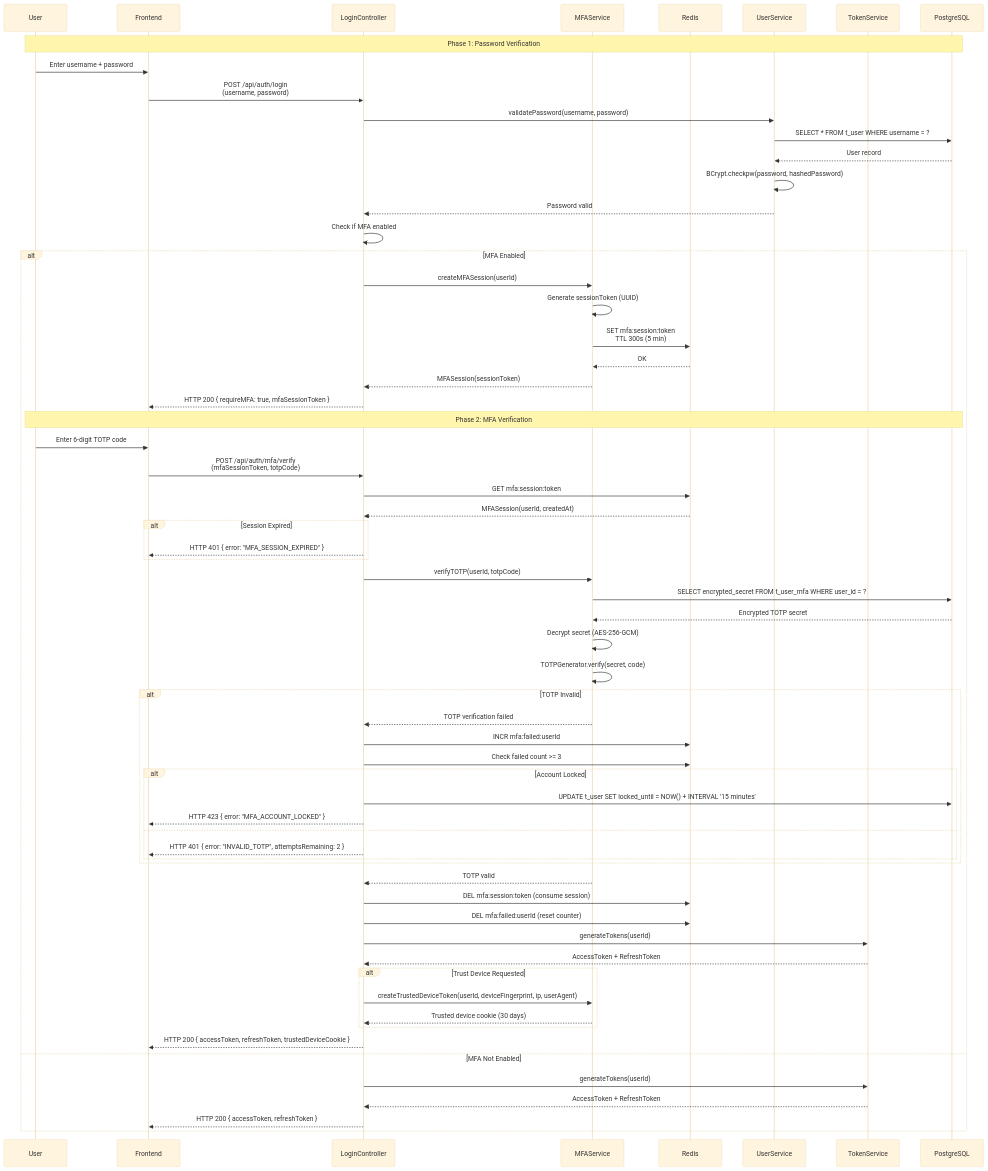
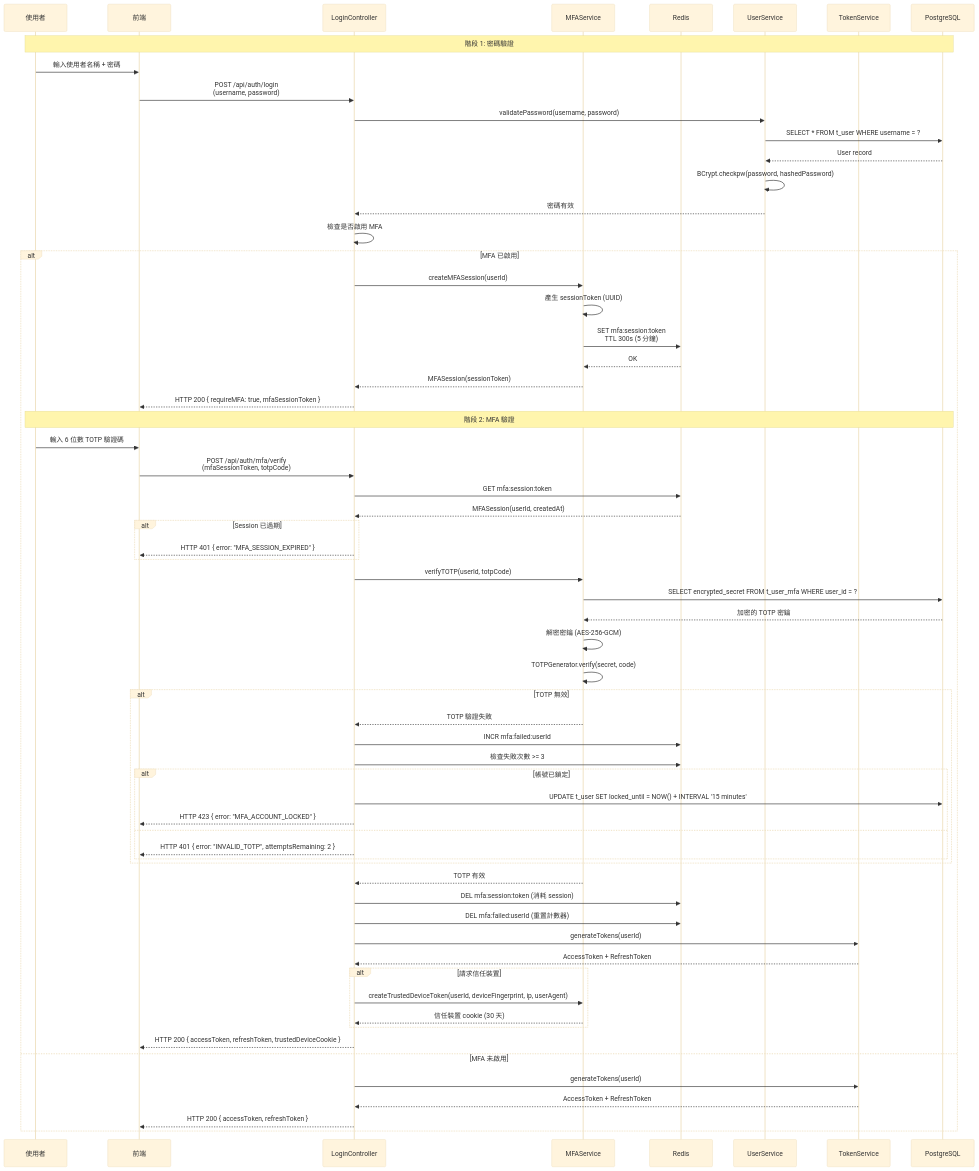
The diagram in docs/iGaming/architecture/06_Platform_Core/MFA_Login_Recovery_Technical.md (ron03wlb/smart-admin), drawn with Mermaid (base theme) before and after one commit. The commit also changed other lines of this file and 4 other files, not shown here.

````diff
--- a/docs/iGaming/architecture/06_Platform_Core/MFA_Login_Recovery_Technical.md
+++ b/docs/iGaming/architecture/06_Platform_Core/MFA_Login_Recovery_Technical.md
@@ -13,79 +13,79 @@
 ```mermaid
 sequenceDiagram
-    participant User
-    participant Frontend
+    participant User as 使用者
+    participant Frontend as 前端
     participant LoginAPI as LoginController
     participant MFAService
     participant Redis
     participant UserService
     participant TokenService
     participant DB as PostgreSQL
 
-    Note over User,DB: Phase 1: Password Verification
+    Note over User,DB: 階段 1: 密碼驗證
 
-    User->>Frontend: Enter username + password
+    User->>Frontend: 輸入使用者名稱 + 密碼
     Frontend->>LoginAPI: POST /api/auth/login<br/>(username, password)
     LoginAPI->>UserService: validatePassword(username, password)
     UserService->>DB: SELECT * FROM t_user WHERE username = ?
     DB-->>UserService: User record
     UserService->>UserService: BCrypt.checkpw(password, hashedPassword)
-    UserService-->>LoginAPI: Password valid
+    UserService-->>LoginAPI: 密碼有效
 
-    LoginAPI->>LoginAPI: Check if MFA enabled
-    alt MFA Enabled
+    LoginAPI->>LoginAPI: 檢查是否啟用 MFA
+    alt MFA 已啟用
         LoginAPI->>MFAService: createMFASession(userId)
-        MFAService->>MFAService: Generate sessionToken (UUID)
-        MFAService->>Redis: SET mfa:session:token<br/>TTL 300s (5 min)
+        MFAService->>MFAService: 產生 sessionToken (UUID)
+        MFAService->>Redis: SET mfa:session:token<br/>TTL 300s (5 分鐘)
         Redis-->>MFAService: OK
         MFAService-->>LoginAPI: MFASession(sessionToken)
         LoginAPI-->>Frontend: HTTP 200 { requireMFA: true, mfaSessionToken }
 
-        Note over User,DB: Phase 2: MFA Verification
+        Note over User,DB: 階段 2: MFA 驗證
 
-        User->>Frontend: Enter 6-digit TOTP code
+        User->>Frontend: 輸入 6 位數 TOTP 驗證碼
         Frontend->>LoginAPI: POST /api/auth/mfa/verify<br/>(mfaSessionToken, totpCode)
         LoginAPI->>Redis: GET mfa:session:token
         Redis-->>LoginAPI: MFASession(userId, createdAt)
 
-        alt Session Expired
+        alt Session 已過期
             LoginAPI-->>Frontend: HTTP 401 { error: "MFA_SESSION_EXPIRED" }
         end
 
         LoginAPI->>MFAService: verifyTOTP(userId, totpCode)
         MFAService->>DB: SELECT encrypted_secret FROM t_user_mfa WHERE user_id = ?
-        DB-->>MFAService: Encrypted TOTP secret
-        MFAService->>MFAService: Decrypt secret (AES-256-GCM)
+        DB-->>MFAService: 加密的 TOTP 密鑰
+        MFAService->>MFAService: 解密密鑰 (AES-256-GCM)
         MFAService->>MFAService: TOTPGenerator.verify(secret, code)
 
-        alt TOTP Invalid
-            MFAService-->>LoginAPI: TOTP verification failed
+        alt TOTP 無效
+            MFAService-->>LoginAPI: TOTP 驗證失敗
             LoginAPI->>Redis: INCR mfa:failed:userId
-            LoginAPI->>Redis: Check failed count >= 3
-            alt Account Locked
+            LoginAPI->>Redis: 檢查失敗次數 >= 3
+            alt 帳號已鎖定
                 LoginAPI->>DB: UPDATE t_user SET locked_until = NOW() + INTERVAL '15 minutes'
                 LoginAPI-->>Frontend: HTTP 423 { error: "MFA_ACCOUNT_LOCKED" }
             else
                 LoginAPI-->>Frontend: HTTP 401 { error: "INVALID_TOTP", attemptsRemaining: 2 }
             end
         end
 
-        MFAService-->>LoginAPI: TOTP valid
-        LoginAPI->>Redis: DEL mfa:session:token (consume session)
-        LoginAPI->>Redis: DEL mfa:failed:userId (reset counter)
+        MFAService-->>LoginAPI: TOTP 有效
+        LoginAPI->>Redis: DEL mfa:session:token (消耗 session)
+        LoginAPI->>Redis: DEL mfa:failed:userId (重置計數器)
 
         LoginAPI->>TokenService: generateTokens(userId)
         TokenService-->>LoginAPI: AccessToken + RefreshToken
 
-        alt Trust Device Requested
+        alt 請求信任裝置
             LoginAPI->>MFAService: createTrustedDeviceToken(userId, deviceFingerprint, ip, userAgent)
-            MFAService-->>LoginAPI: Trusted device cookie (30 days)
+            MFAService-->>LoginAPI: 信任裝置 cookie (30 天)
         end
 
         LoginAPI-->>Frontend: HTTP 200 { accessToken, refreshToken, trustedDeviceCookie }
 
-    else MFA Not Enabled
+    else MFA 未啟用
         LoginAPI->>TokenService: generateTokens(userId)
         TokenService-->>LoginAPI: AccessToken + RefreshToken
         LoginAPI-->>Frontend: HTTP 200 { accessToken, refreshToken }
     end
 ```
````
